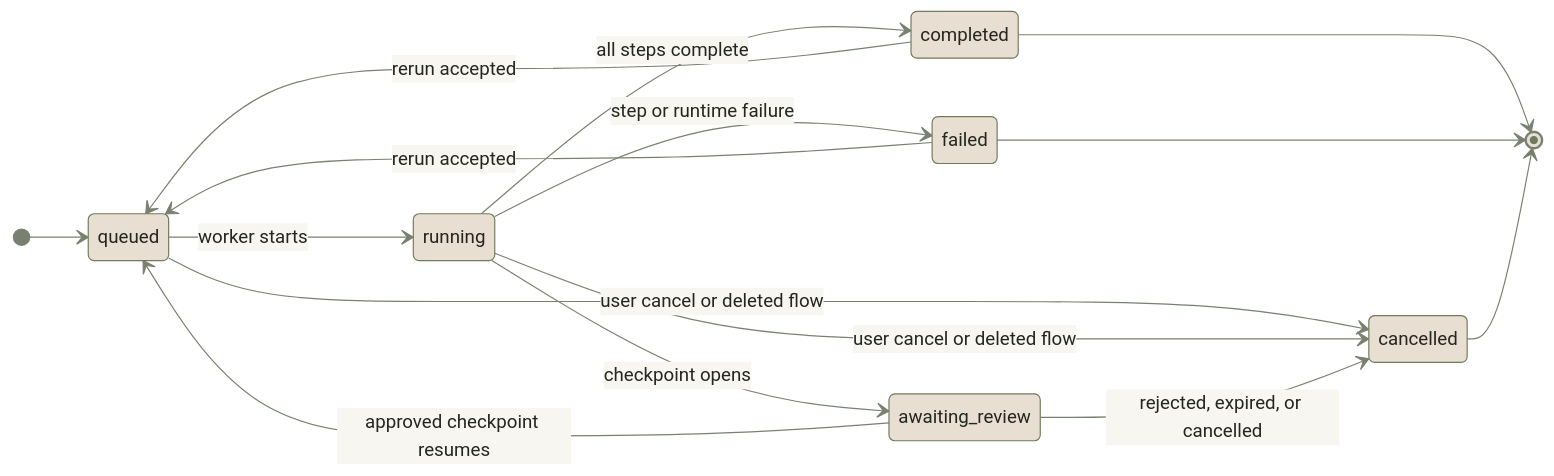
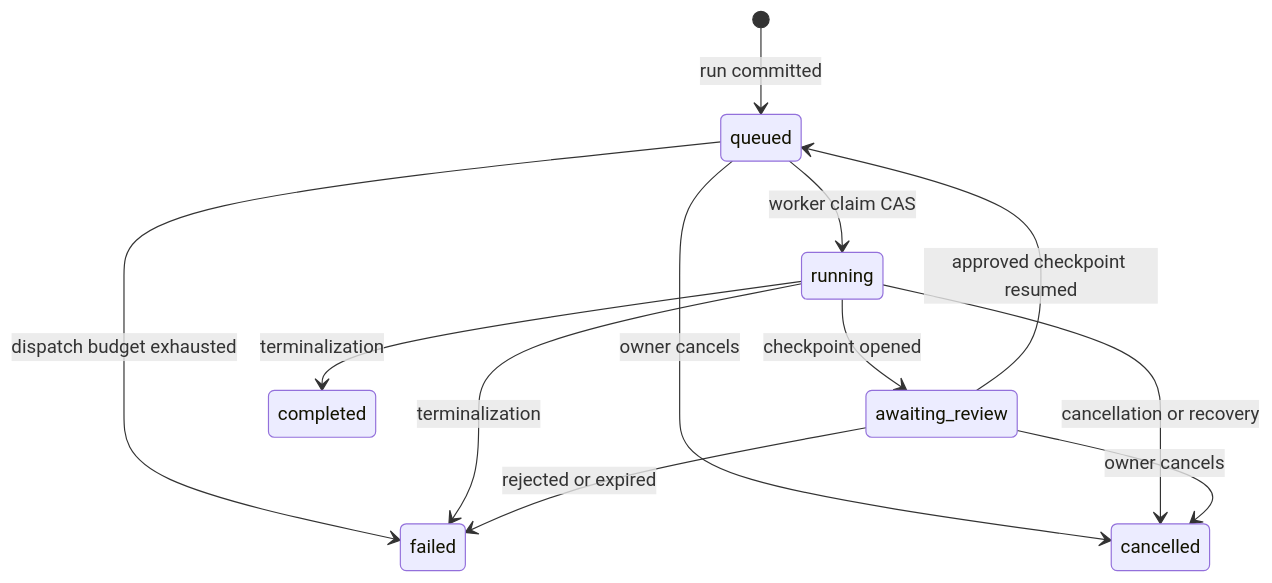
One commit to eneo-ai/eneo changed the diagram in frontend/apps/docs-site/src/content/docs/flows-for-developers/run-lifecycle.mdx. Above: the diagram before and after it, drawn with Mermaid. The commit also changed other lines of this file and 18 other files, not shown here.

Commit message:
docs(flows): finish tidy validation cleanup

````diff
--- a/frontend/apps/docs-site/src/content/docs/flows-for-developers/run-lifecycle.mdx
+++ b/frontend/apps/docs-site/src/content/docs/flows-for-developers/run-lifecycle.mdx
@@ -13,19 +8,14 @@
 ```mermaid
-%%{init: {"theme": "base", "themeVariables": {"background": "#f8f6f0", "primaryColor": "#e8ded1", "primaryTextColor": "#242620", "primaryBorderColor": "#6f7b5d", "secondaryColor": "#d7e0d2", "tertiaryColor": "#f1ece4", "lineColor": "#78816f", "edgeLabelBackground": "#f8f6f0", "clusterBkg": "#f4efe7", "clusterBorder": "#9a8a73", "fontFamily": "Inter, ui-sans-serif, system-ui, sans-serif"}}}%%
 stateDiagram-v2
-  direction LR
-  [*] --> queued
-  queued --> running: worker starts
-  running --> awaiting_review: checkpoint opens
-  awaiting_review --> queued: approved checkpoint resumes
-  running --> completed: all steps complete
-  running --> failed: step or runtime failure
-  queued --> cancelled: user cancel or deleted flow
-  running --> cancelled: user cancel or deleted flow
-  awaiting_review --> cancelled: rejected, expired, or cancelled
-  completed --> queued: rerun accepted
-  failed --> queued: rerun accepted
-  completed --> [*]
-  failed --> [*]
-  cancelled --> [*]
+  [*] --> queued: run committed
+  queued --> running: worker claim CAS
+  queued --> failed: dispatch budget exhausted
+  queued --> cancelled: owner cancels
+  running --> awaiting_review: checkpoint opened
+  running --> completed: terminalization
+  running --> failed: terminalization
+  running --> cancelled: cancellation or recovery
+  awaiting_review --> queued: approved checkpoint resumed
+  awaiting_review --> failed: rejected or expired
+  awaiting_review --> cancelled: owner cancels
 ```
````
